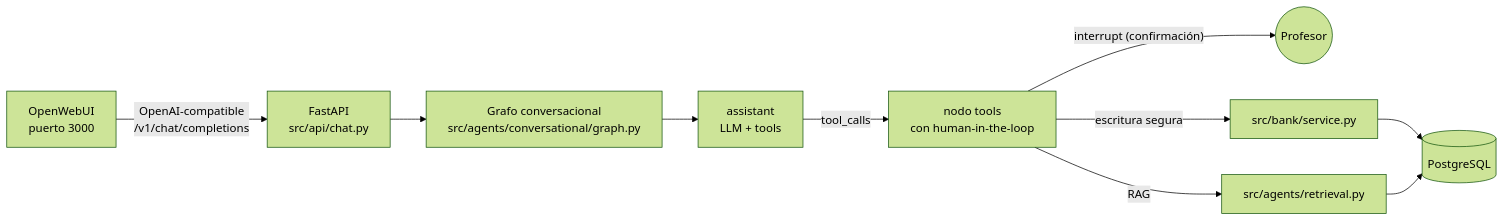
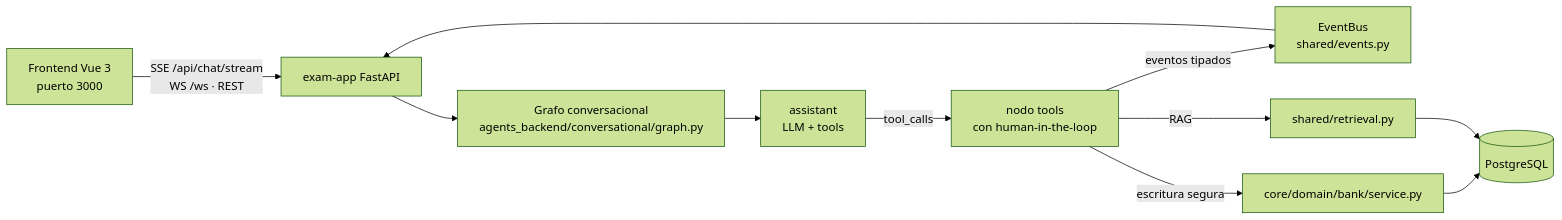
One commit to danilo-pilacuan/examgen-project changed diagram 12 of 13 in ARCHITECTURE.md. Above: the diagram before and after it, drawn with Mermaid (forest theme). The commit also changed other lines of this file and 8 other files, not shown here.

````diff
--- a/ARCHITECTURE.md
+++ b/ARCHITECTURE.md
@@ -597,12 +620,13 @@
 ```mermaid
 graph LR
-    OWU[OpenWebUI<br/>puerto 3000] -->|"OpenAI-compatible<br/>/v1/chat/completions"| API[FastAPI<br/>src/api/chat.py]
-    API --> GR[Grafo conversacional<br/>src/agents/conversational/graph.py]
+    FE[Frontend Vue 3<br/>puerto 3000] -->|"SSE /api/chat/stream<br/>WS /ws · REST"| API[exam-app FastAPI]
+    API --> GR[Grafo conversacional<br/>agents_backend/conversational/graph.py]
     GR --> AS[assistant<br/>LLM + tools]
     AS -->|"tool_calls"| TOOLS[nodo tools<br/>con human-in-the-loop]
-    TOOLS -->|"interrupt (confirmación)"| HUMANO((Profesor))
-    TOOLS -->|"escritura segura"| BANK[src/bank/service.py]
+    TOOLS -->|eventos tipados| EV[EventBus<br/>shared/events.py]
+    EV --> API
+    TOOLS -->|"escritura segura"| BANK[core/domain/bank/service.py]
     BANK --> PG[(PostgreSQL)]
-    TOOLS -->|"RAG"| RETRIEVE[src/agents/retrieval.py]
+    TOOLS -->|"RAG"| RETRIEVE[shared/retrieval.py]
     RETRIEVE --> PG
 ```
````
